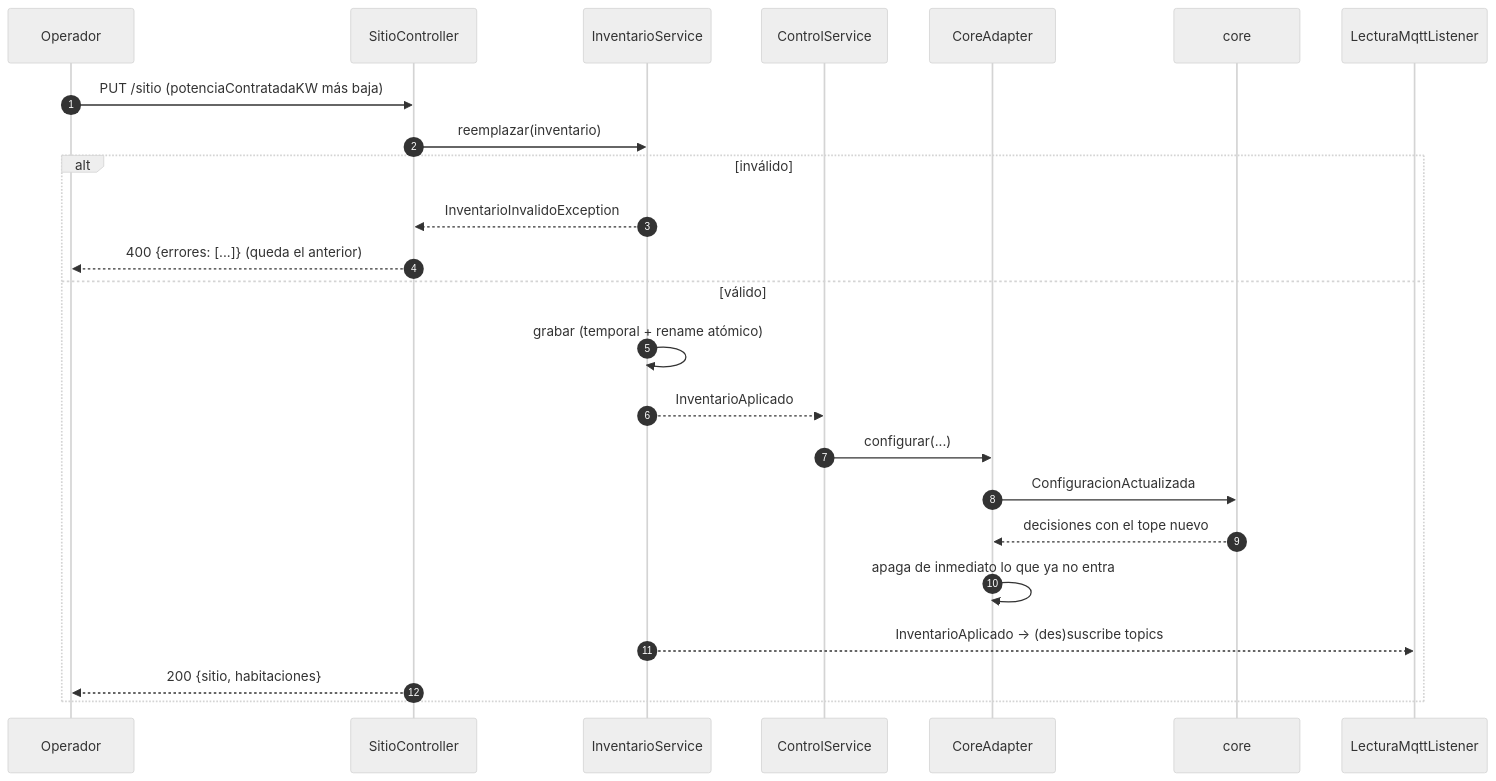
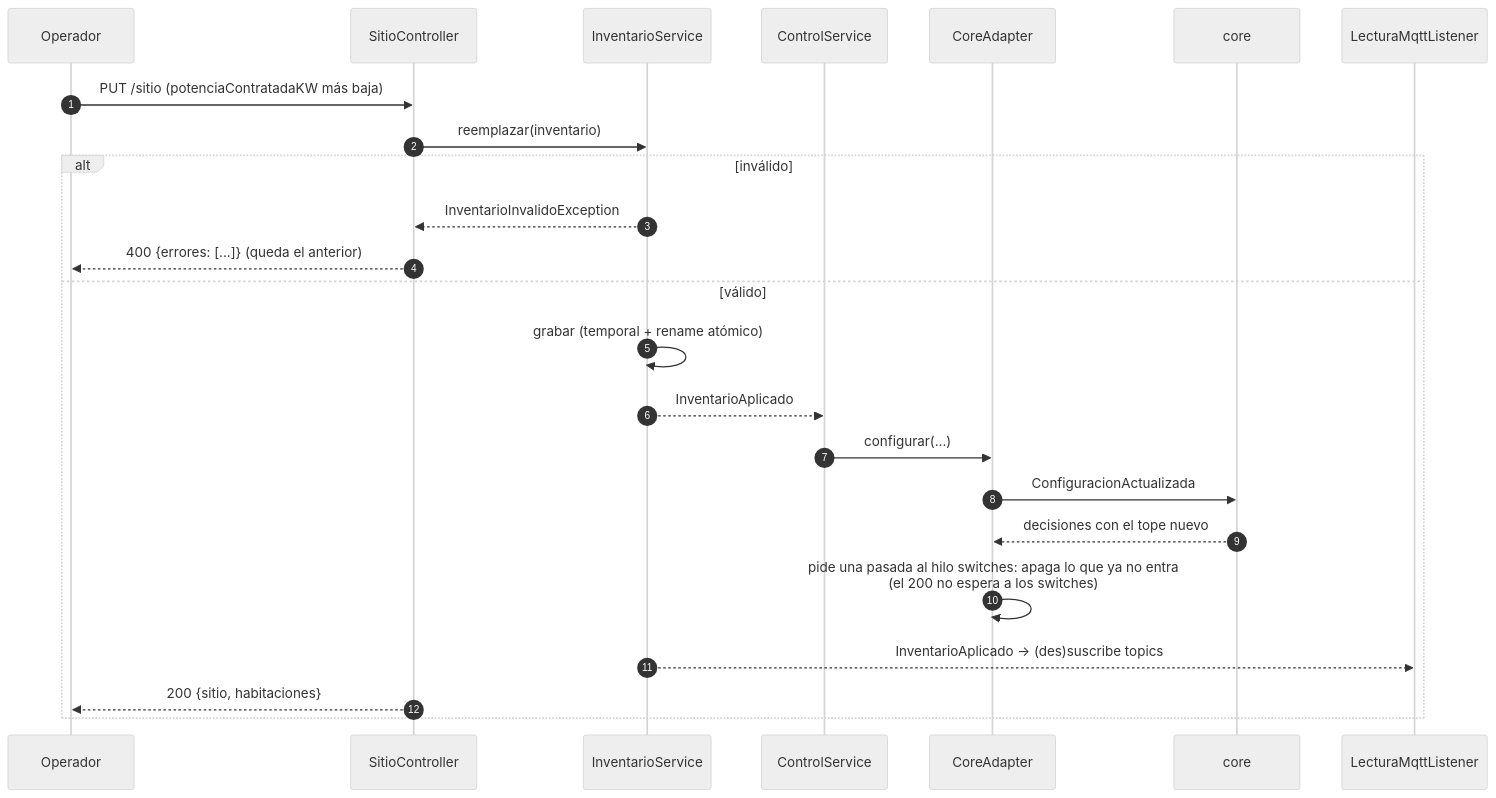
One commit to BrayanBCode/iiss-2026-grupo-4 changed the seventh of 7 diagrams in docs/arquitectura/4mas1.md. Above: the diagram before and after it, drawn with Mermaid (neutral theme). The commit also changed other lines of this file and 4 other files, not shown here.

First line of the commit message:
engine: comunicación con los switches en un hilo propio

````diff
--- a/docs/arquitectura/4mas1.md
+++ b/docs/arquitectura/4mas1.md
@@ -423,27 +426,27 @@
 ```mermaid
 sequenceDiagram
     autonumber
     participant Op as Operador
     participant API as SitioController
     participant Inv as InventarioService
     participant Ctl as ControlService
     participant Ad as CoreAdapter
     participant Core as core
     participant Mq as LecturaMqttListener
 
     Op->>API: PUT /sitio (potenciaContratadaKW más baja)
     API->>Inv: reemplazar(inventario)
     alt inválido
         Inv-->>API: InventarioInvalidoException
         API-->>Op: 400 {errores: [...]} (queda el anterior)
     else válido
         Inv->>Inv: grabar (temporal + rename atómico)
         Inv-->>Ctl: InventarioAplicado
         Ctl->>Ad: configurar(...)
         Ad->>Core: ConfiguracionActualizada
         Core-->>Ad: decisiones con el tope nuevo
-        Ad->>Ad: apaga de inmediato lo que ya no entra
+        Ad->>Ad: pide una pasada al hilo switches: apaga lo que ya no entra<br/>(el 200 no espera a los switches)
         Inv-->>Mq: InventarioAplicado → (des)suscribe topics
         API-->>Op: 200 {sitio, habitaciones}
     end
 ```
````
